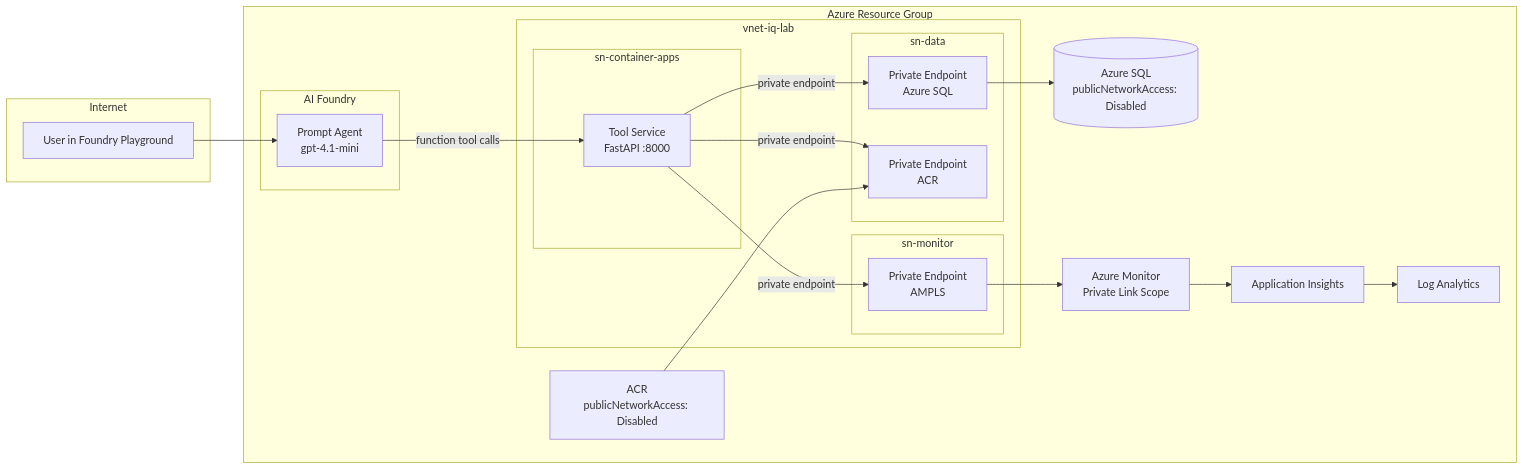
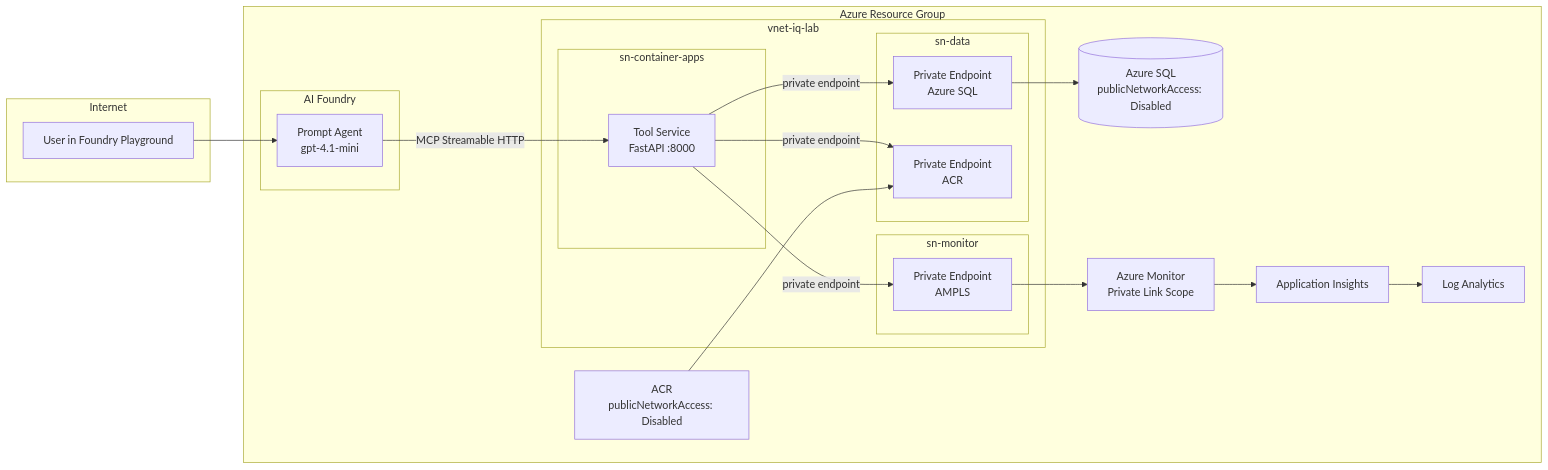
One commit to aionic/IQ-Workshop changed the second of 5 diagrams in docs/architecture.md. Above: the diagram before and after it, drawn with Mermaid. The commit also changed other lines of this file and 32 other files, not shown here.

````diff
--- a/docs/architecture.md
+++ b/docs/architecture.md
@@ -70,37 +73,37 @@
 ```mermaid
 flowchart LR
   subgraph Internet
     U[User in Foundry Playground]
   end
 
   subgraph Azure["Azure Resource Group"]
     subgraph Foundry["AI Foundry"]
       PA[Prompt Agent<br/>gpt-4.1-mini]
     end
     subgraph VNet["vnet-iq-lab"]
       subgraph sn_app["sn-container-apps"]
         CA[Tool Service<br/>FastAPI :8000]
       end
       subgraph sn_data["sn-data"]
         PE_SQL[Private Endpoint<br/>Azure SQL]
         PE_ACR[Private Endpoint<br/>ACR]
       end
       subgraph sn_mon["sn-monitor"]
         PE_MON[Private Endpoint<br/>AMPLS]
       end
     end
     SQL[(Azure SQL<br/>publicNetworkAccess: Disabled)]
     ACR[ACR<br/>publicNetworkAccess: Disabled]
     AI[Application Insights]
     LA[Log Analytics]
     AMPLS[Azure Monitor<br/>Private Link Scope]
   end
 
   U --> PA
-  PA -->|function tool calls| CA
+  PA -->|MCP Streamable HTTP| CA
   CA -->|private endpoint| PE_SQL --> SQL
   CA -->|private endpoint| PE_ACR
   ACR --> PE_ACR
   CA -->|private endpoint| PE_MON --> AMPLS
   AMPLS --> AI --> LA
 ```
````
